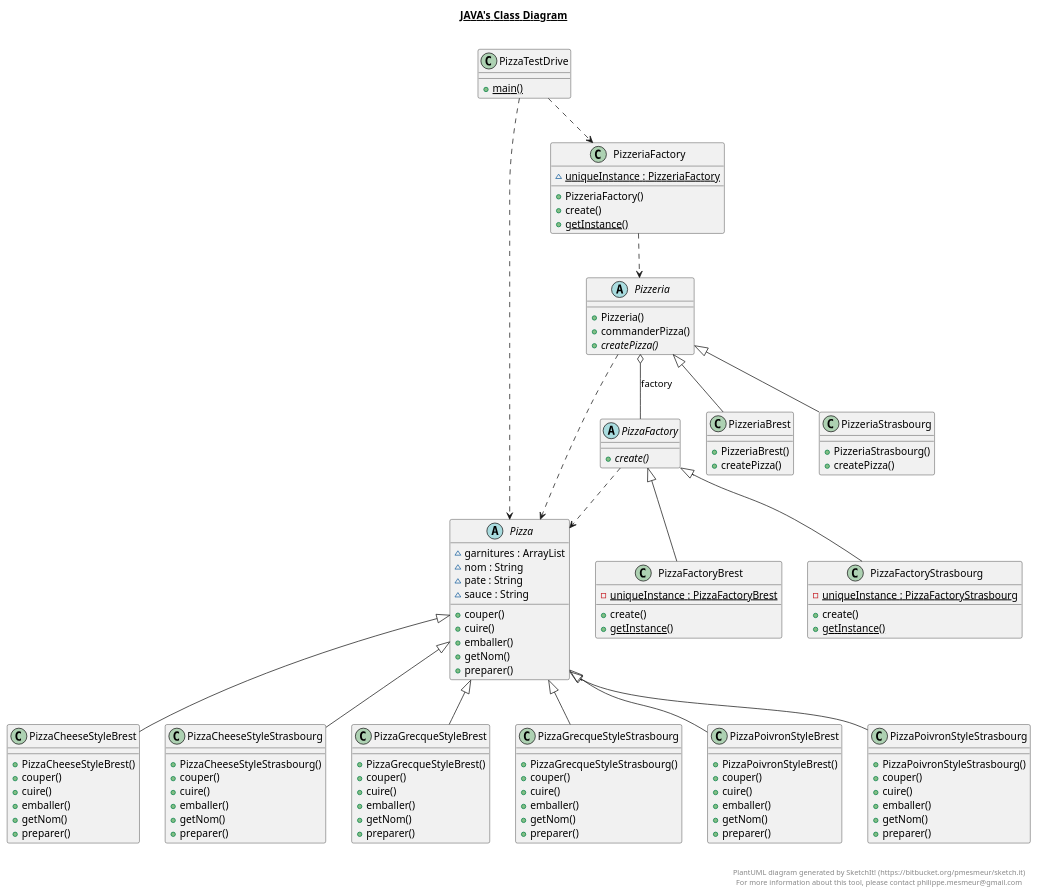
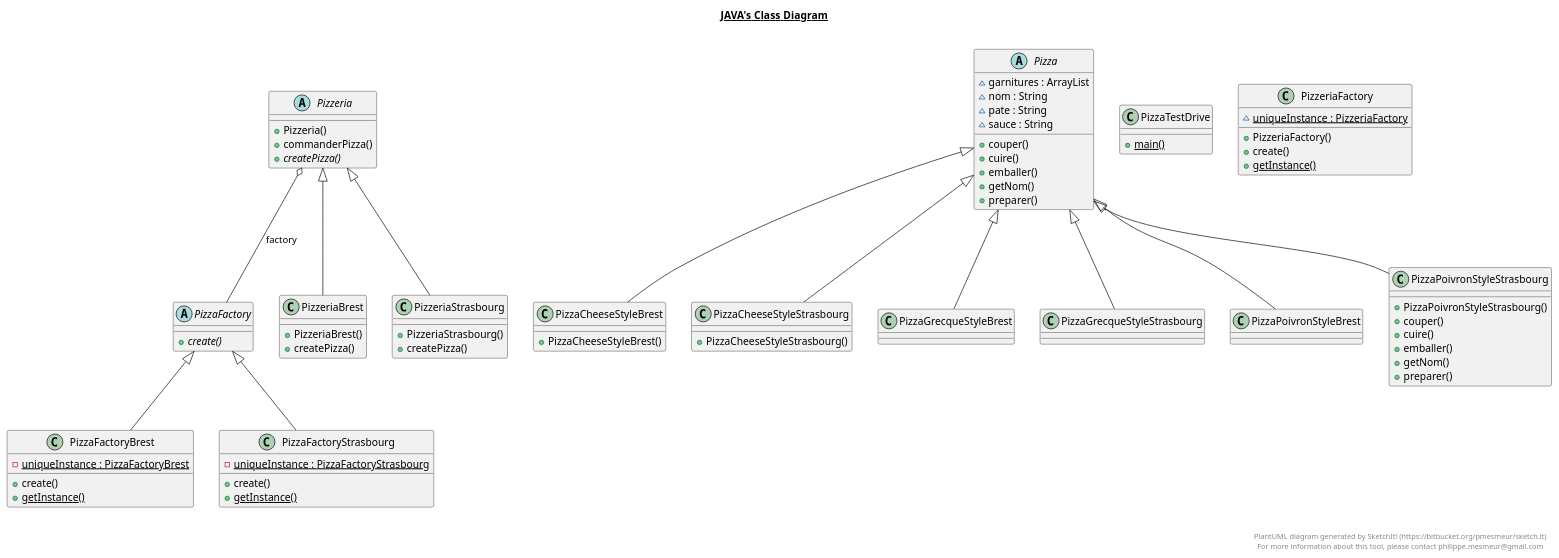
The diagram in docs/TP3.plantuml (IUT-Blagnac/cpoa-tp3-Karlitau), drawn with PlantUML before and after one commit. The commit also changed 1 other file, not shown here.

```diff
--- a/docs/TP3.plantuml
+++ b/docs/TP3.plantuml
@@ -1,183 +1,142 @@
 @startuml
 
 title __JAVA's Class Diagram__\n
 
-
-    abstract class Pizza {
+abstract class Pizza {
         ~ garnitures : ArrayList
         ~ nom : String
         ~ pate : String
         ~ sauce : String
         + couper()
         + cuire()
         + emballer()
         + getNom()
         + preparer()
     }
 
-
-
     class PizzaCheeseStyleBrest {
         + PizzaCheeseStyleBrest()
-        + couper()
-        + cuire()
-        + emballer()
-        + getNom()
-        + preparer()
     }
 
-
+  
 
 
     class PizzaCheeseStyleStrasbourg {
         + PizzaCheeseStyleStrasbourg()
-        + couper()
-        + cuire()
-        + emballer()
-        + getNom()
-        + preparer()
     }
 
-
+  
 
 
     abstract class PizzaFactory {
         {abstract} + create()
     }
 
-
+  
 
 
     class PizzaFactoryBrest {
         {static} - uniqueInstance : PizzaFactoryBrest
         + create()
         {static} + getInstance()
     }
 
-
+  
 
 
     class PizzaFactoryStrasbourg {
         {static} - uniqueInstance : PizzaFactoryStrasbourg
         + create()
         {static} + getInstance()
     }
 
-
+  
 
 
     class PizzaGrecqueStyleBrest {
-        + PizzaGrecqueStyleBrest()
-        + couper()
-        + cuire()
-        + emballer()
-        + getNom()
-        + preparer()
     }
 
-
+  
 
 
     class PizzaGrecqueStyleStrasbourg {
-        + PizzaGrecqueStyleStrasbourg()
-        + couper()
-        + cuire()
-        + emballer()
-        + getNom()
-        + preparer()
     }
 
-
-
+  
 
     class PizzaPoivronStyleBrest {
-        + PizzaPoivronStyleBrest()
-        + couper()
-        + cuire()
-        + emballer()
-        + getNom()
-        + preparer()
     }
-
-
 
 
     class PizzaPoivronStyleStrasbourg {
         + PizzaPoivronStyleStrasbourg()
         + couper()
         + cuire()
         + emballer()
         + getNom()
         + preparer()
     }
 
-
+  
 
 
     class PizzaTestDrive {
         {static} + main()
     }
 
-
-
+  
 
     abstract class Pizzeria {
         + Pizzeria()
         + commanderPizza()
         {abstract} + createPizza()
     }
 
-
+  
 
 
     class PizzeriaBrest {
         + PizzeriaBrest()
         + createPizza()
     }
-
-
+  
 
 
     class PizzeriaFactory {
         {static} ~ uniqueInstance : PizzeriaFactory
         + PizzeriaFactory()
         + create()
         {static} + getInstance()
     }
 
-
+  
 
 
     class PizzeriaStrasbourg {
         + PizzeriaStrasbourg()
         + createPizza()
     }
 
-
+  
 
   PizzaCheeseStyleBrest -up-|> Pizza
   PizzaCheeseStyleStrasbourg -up-|> Pizza
   PizzaFactoryBrest -up-|> PizzaFactory
   PizzaFactoryStrasbourg -up-|> PizzaFactory
   PizzaGrecqueStyleBrest -up-|> Pizza
   PizzaGrecqueStyleStrasbourg -up-|> Pizza
   PizzaPoivronStyleBrest -up-|> Pizza
   PizzaPoivronStyleStrasbourg -up-|> Pizza
   Pizzeria o-- PizzaFactory : factory
   PizzeriaBrest -up-|> Pizzeria
   PizzeriaStrasbourg -up-|> Pizzeria
-  Pizzeria ..> Pizza
-  PizzaFactory ..> Pizza
-  PizzeriaFactory ..> Pizzeria
-  PizzaTestDrive ..> PizzeriaFactory
-  PizzaTestDrive ..> Pizza
 
 
 right footer
 
 
 PlantUML diagram generated by SketchIt! (https://bitbucket.org/pmesmeur/sketch.it)
 For more information about this tool, please contact philippe.mesmeur@gmail.com
 endfooter
 
 @enduml
```
